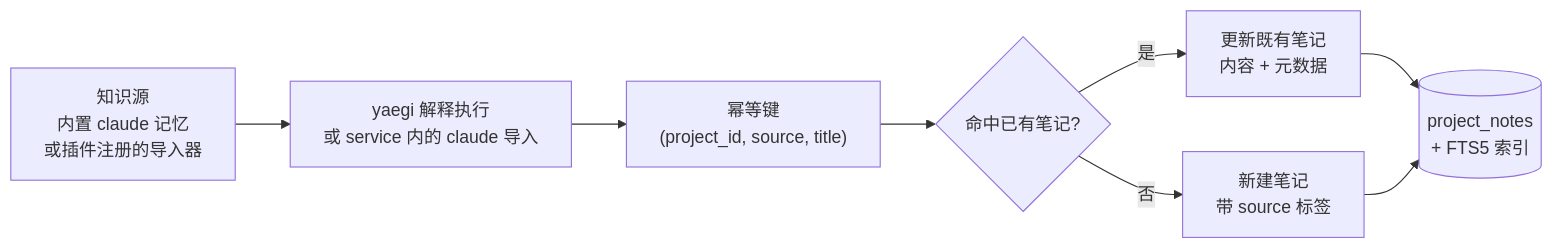
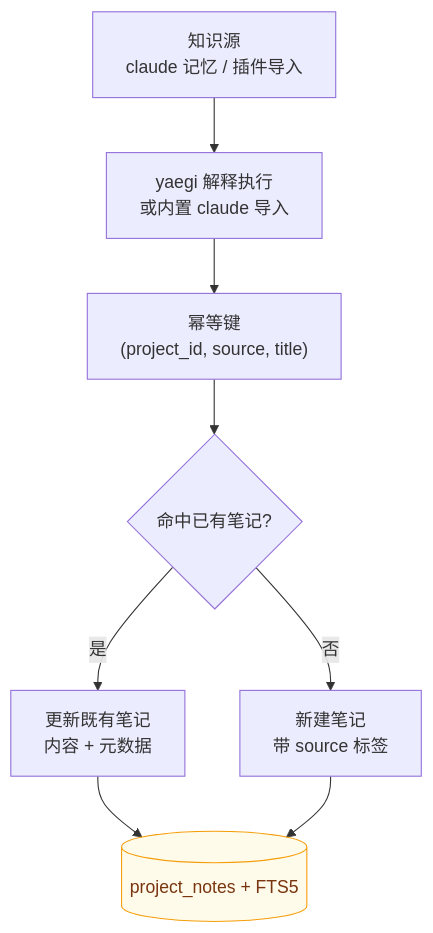
One commit to sky-jiangcheng/RepoNest changed the diagram in docs/plugins/overview.md. Above: the diagram before and after it, drawn with Mermaid. The commit also changed 14 other files, not shown here.

First line of the commit message:
docs(diagrams): 全站 mermaid 图重构 — 告别'宽扁香肠'布局

````diff
--- a/docs/plugins/overview.md
+++ b/docs/plugins/overview.md
@@ -12,10 +12,12 @@
 ```mermaid
-flowchart LR
-    SRC["知识源<br/>内置 claude 记忆<br/>或插件注册的导入器"] --> RUN["yaegi 解释执行<br/>或 service 内的 claude 导入"]
+flowchart TB
+    SRC["知识源<br/>claude 记忆 / 插件导入"] --> RUN["yaegi 解释执行<br/>或内置 claude 导入"]
     RUN --> KEY["幂等键<br/>(project_id, source, title)"]
     KEY --> HIT{"命中已有笔记?"}
-    HIT -->|是| UPD["更新既有笔记<br/>内容 + 元数据"]
-    HIT -->|否| INS["新建笔记<br/>带 source 标签"]
-    UPD --> DB[("project_notes<br/>+ FTS5 索引")]
+    HIT -->|"是"| UPD["更新既有笔记<br/>内容 + 元数据"]
+    HIT -->|"否"| INS["新建笔记<br/>带 source 标签"]
+    UPD --> DB[("project_notes + FTS5")]
     INS --> DB
+        classDef store fill:#fffbeb,stroke:#f59e0b,color:#78350f
+    class DB store
 ```
````
